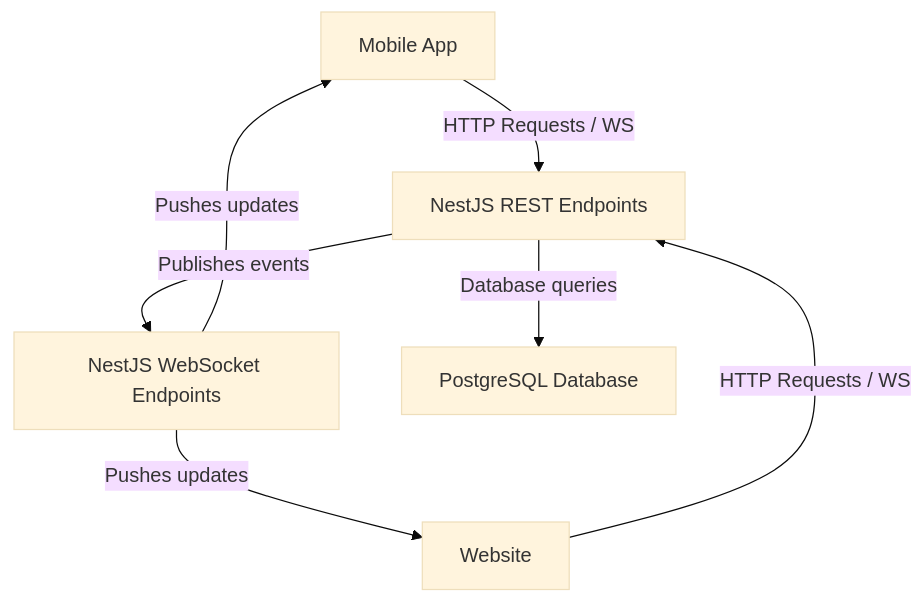
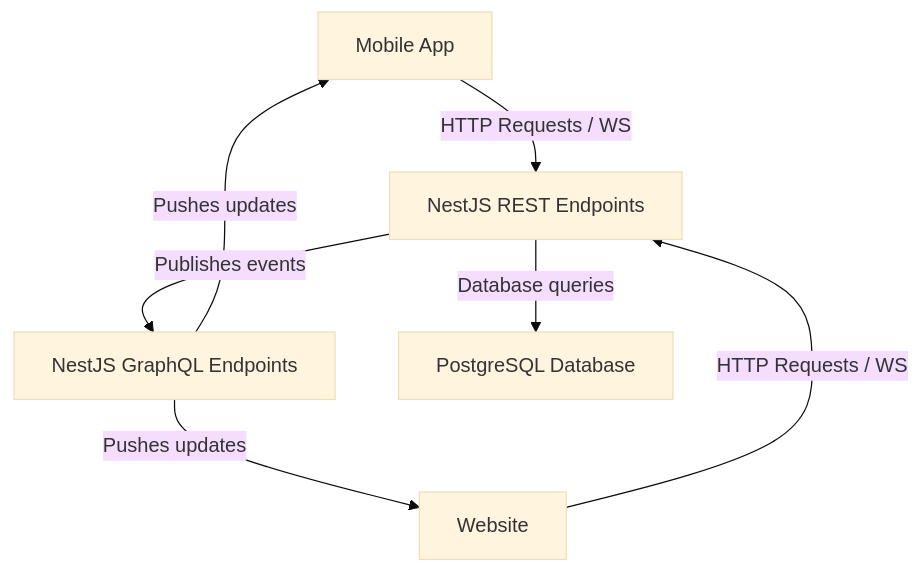
The diagram in README.md (benstroud/canvassing), drawn with Mermaid (base theme) before and after one commit. The commit also changed other lines of this file and 16 other files, not shown here.

````diff
--- a/README.md
+++ b/README.md
@@ -5,15 +5,15 @@
 ```mermaid
 flowchart TD
     A[Mobile App]
     B[Website]
     C[NestJS REST Endpoints]
-    D[NestJS WebSocket Endpoints]
+    D[NestJS GraphQL Endpoints]
     E[PostgreSQL Database]
 
     A -->|HTTP Requests / WS| C
     B -->|HTTP Requests / WS| C
     C -->|Database queries| E
     C -->|Publishes events| D
     D -->|Pushes updates| A
     D -->|Pushes updates| B
 ```
````
